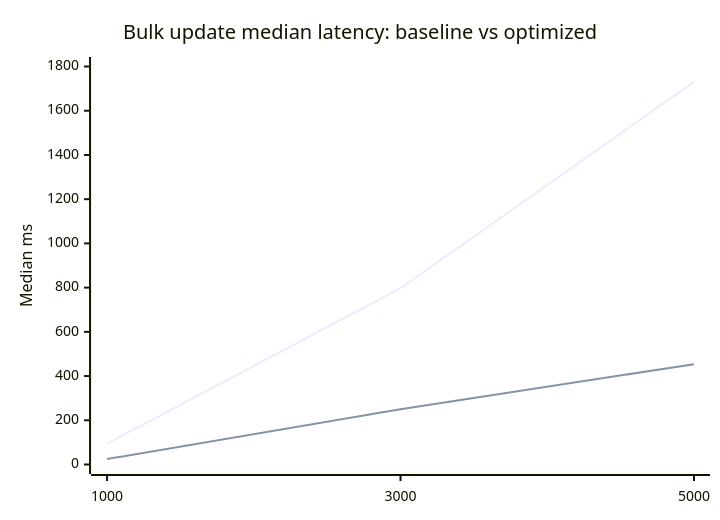
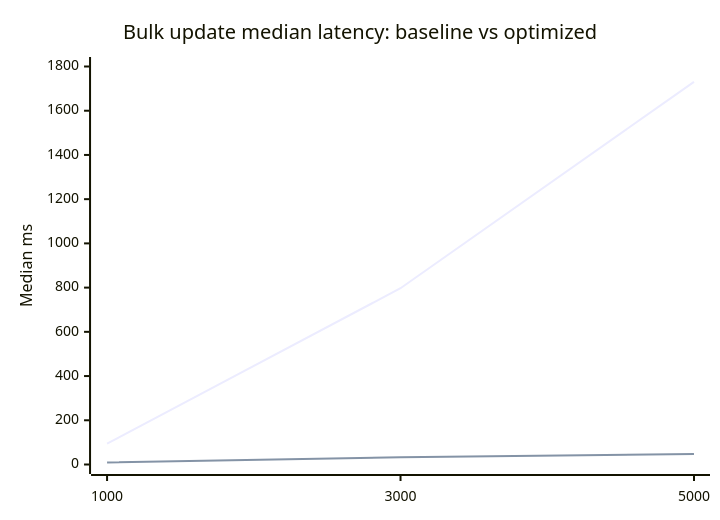
One commit to robert-sanders-software-ontwikkeling/rs-x changed the seventh of 7 diagrams in reports/rsx-spa-performance/README.md. Above: the diagram before and after it, drawn with Mermaid. The commit also changed other lines of this file and 4 other files, not shown here.

````diff
--- a/reports/rsx-spa-performance/README.md
+++ b/reports/rsx-spa-performance/README.md
@@ -130,8 +142,8 @@
 ```mermaid
 xychart-beta
   title "Bulk update median latency: baseline vs optimized"
   x-axis [1000, 3000, 5000]
   y-axis "Median ms" 0 --> 1800
   line [94.355, 797.324, 1730.699]
-  line [24.709, 250.014, 453.666]
+  line [8.902, 32.888, 47.161]
 ```
````
